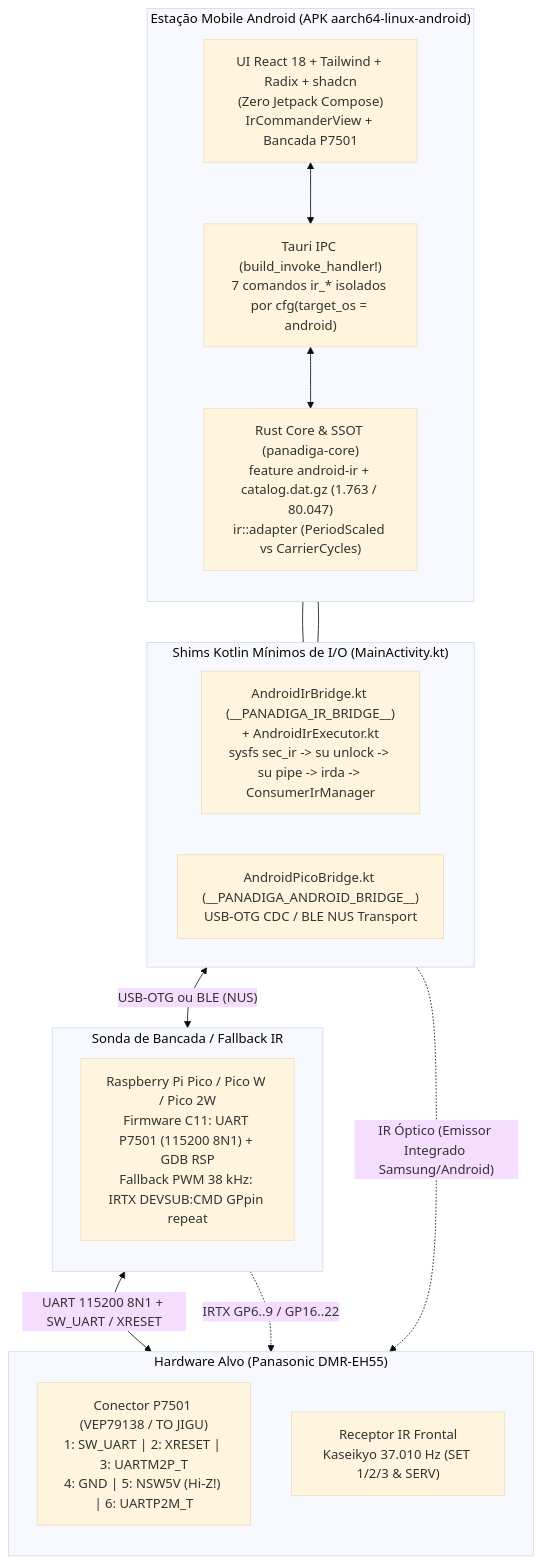
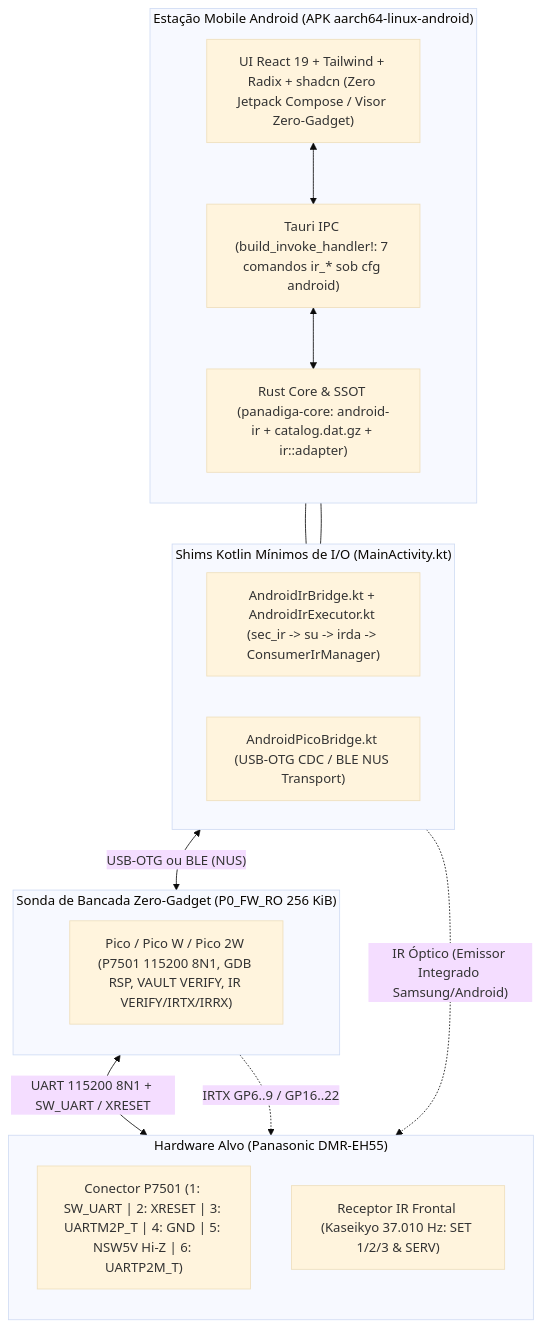
Before and after one commit to orgchrono/Panadiga: the first of 2 diagrams in docs/pt-BR/ARQUITETURA_MOBILE_ANDROID_E_BLUETOOTH.md, drawn with Mermaid (base theme). The commit also changed other lines of this file and 83 other files, not shown here.

First line of the commit message:
fix(android,ci): build dual-abi signed universal apk & verify release manifest

````diff
--- a/docs/pt-BR/ARQUITETURA_MOBILE_ANDROID_E_BLUETOOTH.md
+++ b/docs/pt-BR/ARQUITETURA_MOBILE_ANDROID_E_BLUETOOTH.md
@@ -22,35 +22,35 @@
 ```mermaid
 flowchart TD
     subgraph Mobile["Estação Mobile Android (APK aarch64-linux-android)"]
         direction TB
-        UI["UI React 18 + Tailwind + Radix + shadcn<br/>(Zero Jetpack Compose)<br/>IrCommanderView + Bancada P7501"]
-        IPC["Tauri IPC (build_invoke_handler!)<br/>7 comandos ir_* isolados por cfg(target_os = android)"]
-        RUST["Rust Core & SSOT (panadiga-core)<br/>feature android-ir + catalog.dat.gz (1.763 / 80.047)<br/>ir::adapter (PeriodScaled vs CarrierCycles)"]
+        UI["UI React 19 + Tailwind + Radix + shadcn (Zero Jetpack Compose / Visor Zero-Gadget)"]
+        IPC["Tauri IPC (build_invoke_handler!: 7 comandos ir_* sob cfg android)"]
+        RUST["Rust Core & SSOT (panadiga-core: android-ir + catalog.dat.gz + ir::adapter)"]
         UI <--> IPC
         IPC <--> RUST
     end
 
     subgraph KotlinShim["Shims Kotlin Mínimos de I/O (MainActivity.kt)"]
         direction LR
-        IR_SHIM["AndroidIrBridge.kt (__PANADIGA_IR_BRIDGE__)<br/>+ AndroidIrExecutor.kt<br/>sysfs sec_ir -> su unlock -> su pipe -> irda -> ConsumerIrManager"]
-        PICO_SHIM["AndroidPicoBridge.kt (__PANADIGA_ANDROID_BRIDGE__)<br/>USB-OTG CDC / BLE NUS Transport"]
+        IR_SHIM["AndroidIrBridge.kt + AndroidIrExecutor.kt (sec_ir -> su -> irda -> ConsumerIrManager)"]
+        PICO_SHIM["AndroidPicoBridge.kt (USB-OTG CDC / BLE NUS Transport)"]
         RUST --- IR_SHIM
         RUST --- PICO_SHIM
     end
 
-    subgraph Probe["Sonda de Bancada / Fallback IR"]
+    subgraph Probe["Sonda de Bancada Zero-Gadget (P0_FW_RO 256 KiB)"]
         direction TB
-        PICO["Raspberry Pi Pico / Pico W / Pico 2W<br/>Firmware C11: UART P7501 (115200 8N1) + GDB RSP<br/>Fallback PWM 38 kHz: IRTX DEVSUB:CMD GPpin repeat"]
+        PICO["Pico / Pico W / Pico 2W (P7501 115200 8N1, GDB RSP, VAULT VERIFY, IR VERIFY/IRTX/IRRX)"]
     end
 
     subgraph Target["Hardware Alvo (Panasonic DMR-EH55)"]
         direction TB
-        P7501["Conector P7501 (VEP79138 / TO JIGU)<br/>1: SW_UART | 2: XRESET | 3: UARTM2P_T<br/>4: GND | 5: NSW5V (Hi-Z!) | 6: UARTP2M_T"]
-        IR_RX["Receptor IR Frontal<br/>Kaseikyo 37.010 Hz (SET 1/2/3 & SERV)"]
+        P7501["Conector P7501 (1: SW_UART | 2: XRESET | 3: UARTM2P_T | 4: GND | 5: NSW5V Hi-Z | 6: UARTP2M_T)"]
+        IR_RX["Receptor IR Frontal (Kaseikyo 37.010 Hz: SET 1/2/3 & SERV)"]
     end
 
     PICO_SHIM <-->|"USB-OTG ou BLE (NUS)"| PICO
     PICO <-->|"UART 115200 8N1 + SW_UART / XRESET"| P7501
     IR_SHIM -.->|"IR Óptico (Emissor Integrado Samsung/Android)"| IR_RX
     PICO -.->|"IRTX GP6..9 / GP16..22"| IR_RX
 ```
````
